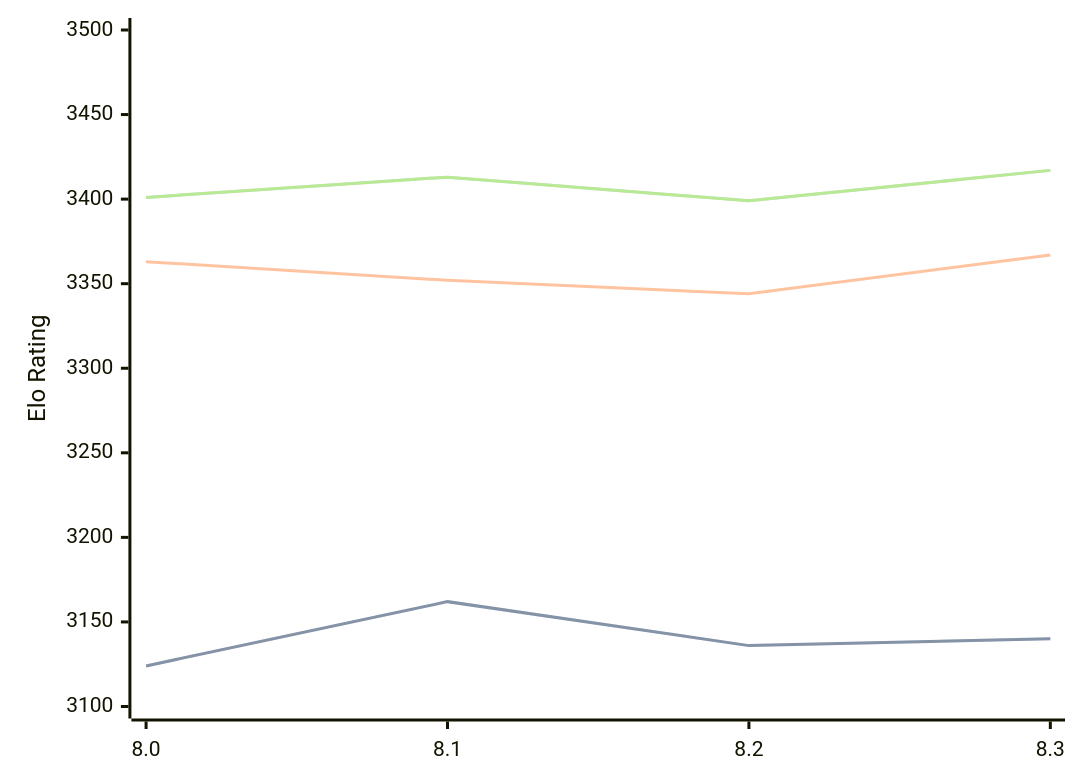
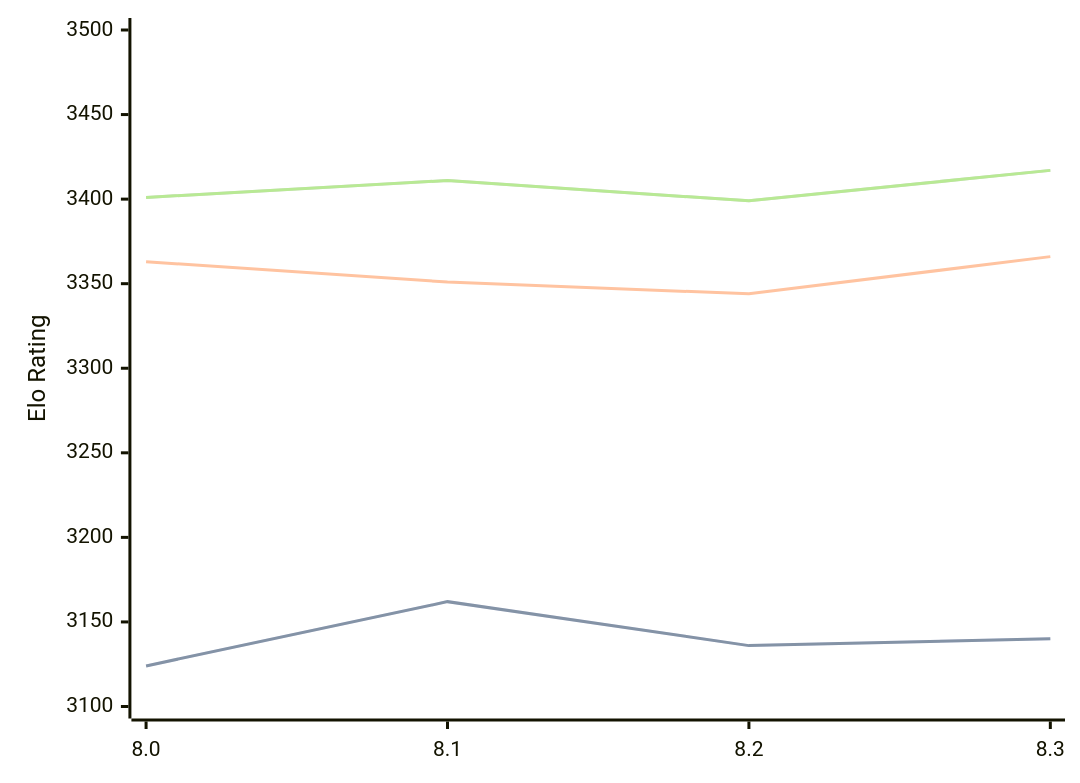
Before and after one commit to computer-chess-index/cci: the first of 3 diagrams in engines/Alexander.md, drawn with Mermaid. The commit also changed other lines of this file, not shown here.

Commit message:
Update CCI Ratings (ELO VLTC) - 2026-06-19

````diff
--- a/engines/Alexander.md
+++ b/engines/Alexander.md
@@ -48,11 +48,11 @@
 ```mermaid
 %%{init: {"theme":"base","themeVariables":{"seriesColors:['#a3a3a3','#222221','#faa371']}}}%%
 xychart-beta
   x-axis ["8.0", "8.1", "8.2", "8.3"]
   y-axis "Elo Rating" 3100 --> 3500
   line "STC (8.0+0.08s)" [3124, 3162, 3136, 3140]
   line "STC (8.0+0.08s)" [3124, 3162, 3136, 3140]
-  line "LTC (60.0+0.60s)" [3363, 3352, 3344, 3367]
-  line "VLTC (2m24s+1.12s)" [3401, 3413, 3399, 3417]
-  line "VLTC (2m24s+1.12s)" [3401, 3413, 3399, 3417]
+  line "LTC (60.0+0.60s)" [3363, 3351, 3344, 3366]
+  line "VLTC (2m24s+1.12s)" [3401, 3411, 3399, 3417]
+  line "VLTC (2m24s+1.12s)" [3401, 3411, 3399, 3417]
 ```
````
